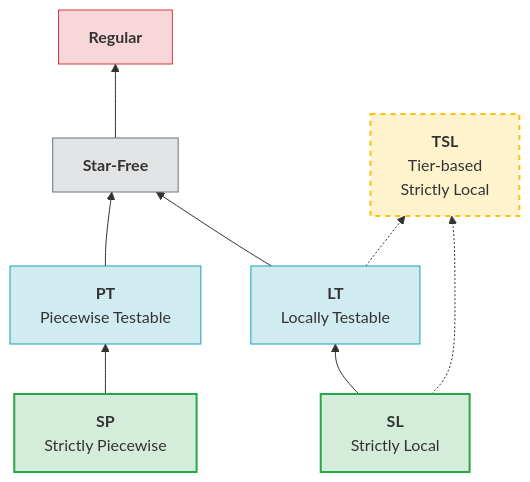
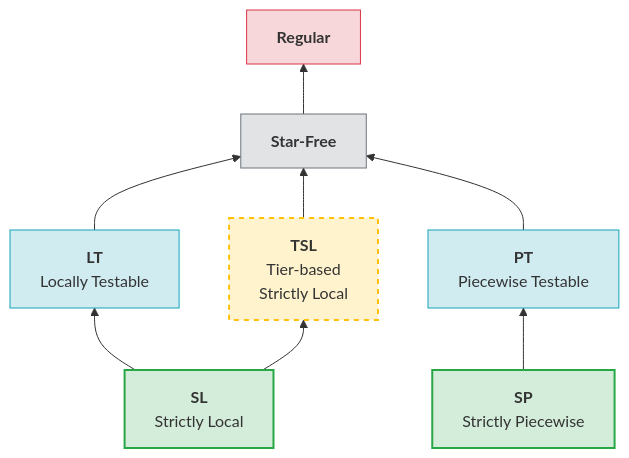
One commit to aaronstevenwhite/intro-to-cl changed the diagram in phonological-patterns/subregular-hierarchy/index.qmd. Above: the diagram before and after it, drawn with Mermaid. The commit also changed other lines of this file and 103 other files, not shown here.

````diff
--- a/phonological-patterns/subregular-hierarchy/index.qmd
+++ b/phonological-patterns/subregular-hierarchy/index.qmd
@@ -16,19 +16,19 @@
 ```{mermaid}
 %%| fig-width: 7
 graph BT
     SL["<b>SL</b><br/>Strictly Local"] --> LT["<b>LT</b><br/>Locally Testable"]
     SP["<b>SP</b><br/>Strictly Piecewise"] --> PT["<b>PT</b><br/>Piecewise Testable"]
     LT --> SF["<b>Star-Free</b>"]
     PT --> SF
+    TSL["<b>TSL</b><br/>Tier-based<br/>Strictly Local"] --> SF
     SF --> REG["<b>Regular</b>"]
-    SL -.-> TSL["<b>TSL</b><br/>Tier-based<br/>Strictly Local"]
-    LT -.-> TSL
+    SL --> TSL
 
     style SL fill:#d4edda,stroke:#28a745,stroke-width:2px
     style SP fill:#d4edda,stroke:#28a745,stroke-width:2px
     style TSL fill:#fff3cd,stroke:#ffc107,stroke-width:2px,stroke-dasharray: 5 5
     style LT fill:#d1ecf1,stroke:#17a2b8
     style PT fill:#d1ecf1,stroke:#17a2b8
     style SF fill:#e2e3e5,stroke:#6c757d
     style REG fill:#f8d7da,stroke:#dc3545
 ```
````
